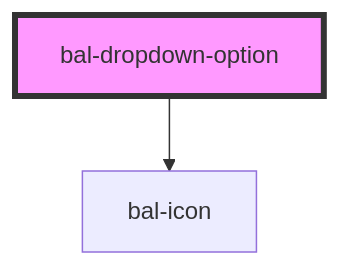
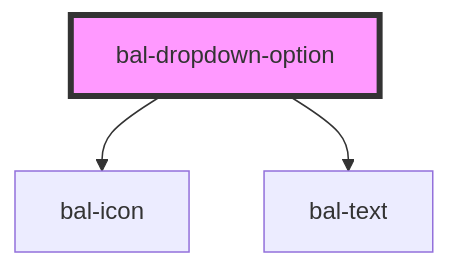
Before and after one commit to baloise/ui-library-next: the diagram in packages/ui-library-next/src/components/dropdown-option/readme.md, drawn with Mermaid. The commit also changed other lines of this file and 45 other files, not shown here.

````diff
--- a/packages/ui-library-next/src/components/dropdown-option/readme.md
+++ b/packages/ui-library-next/src/components/dropdown-option/readme.md
@@ -95,5 +96,6 @@
 ```mermaid
 graph TD;
   bal-dropdown-option --> bal-icon
+  bal-dropdown-option --> bal-text
   style bal-dropdown-option fill:#f9f,stroke:#333,stroke-width:4px
 ```
````
